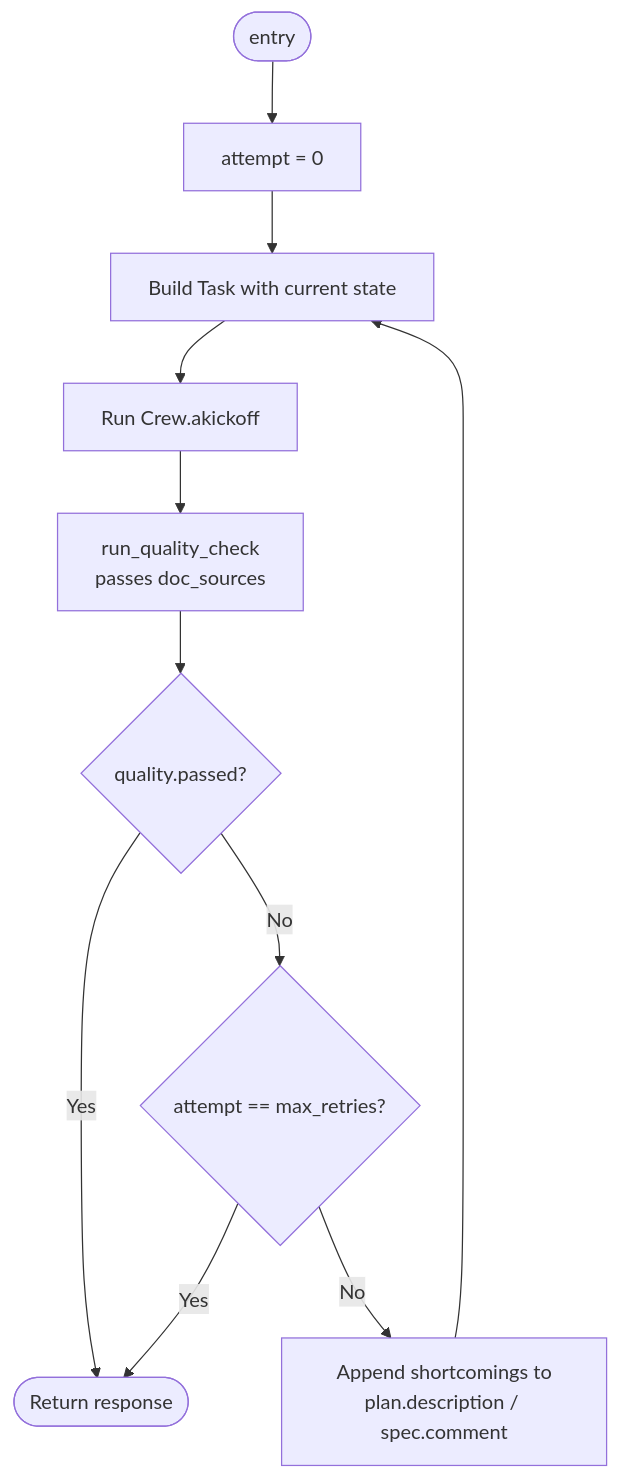
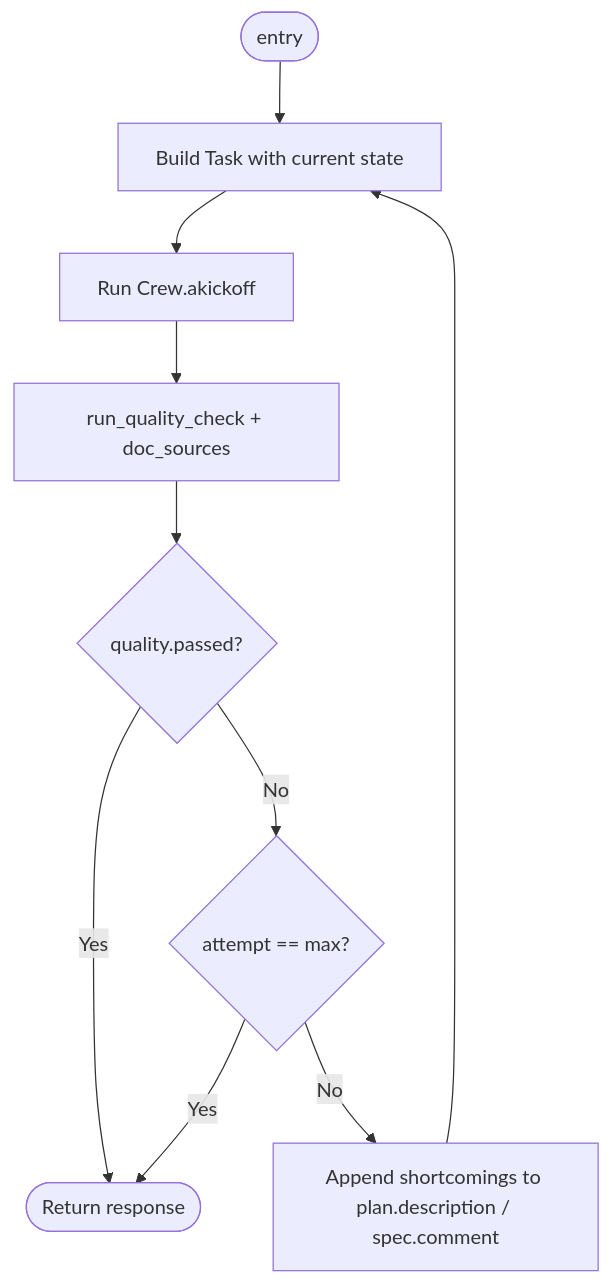
Before and after one commit to Dockdep/LessonHub: the second of 3 diagrams in diagrams/ai/03-services-and-crews.md, drawn with Mermaid. The commit also changed other lines of this file and 36 other files, not shown here.

````diff
--- a/diagrams/ai/03-services-and-crews.md
+++ b/diagrams/ai/03-services-and-crews.md
@@ -77,18 +50,17 @@
 ```mermaid
 flowchart TD
   start([entry])
-  init[attempt = 0]
   build[Build Task with current state]
   run[Run Crew.akickoff]
-  qc[run_quality_check<br/>passes doc_sources]
+  qc[run_quality_check + doc_sources]
   passed{quality.passed?}
-  retries{attempt == max_retries?}
-  feedback[Append shortcomings to<br/>plan.description / spec.comment]
+  retries{attempt == max?}
+  feedback[Append shortcomings to plan.description / spec.comment]
   done([Return response])
 
-  start --> init --> build --> run --> qc --> passed
+  start --> build --> run --> qc --> passed
   passed -- Yes --> done
   passed -- No --> retries
   retries -- Yes --> done
   retries -- No --> feedback --> build
 ```
````
